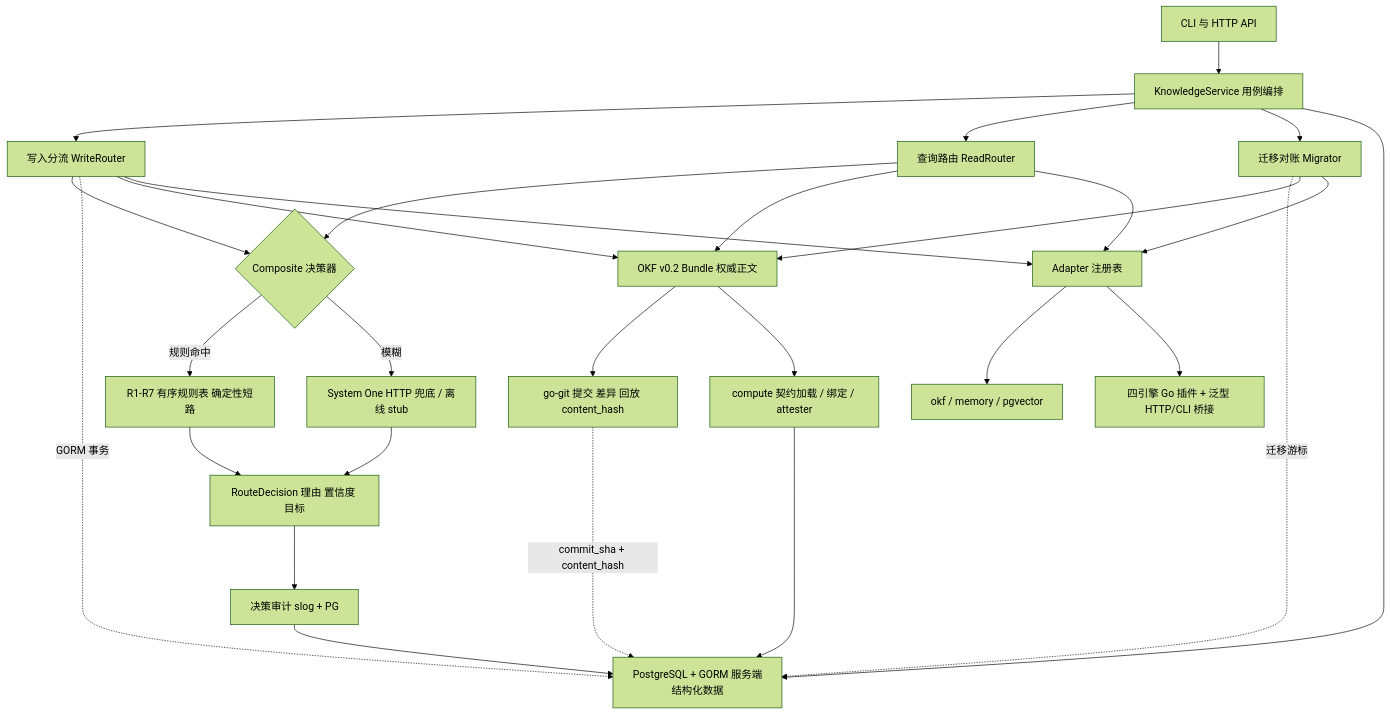
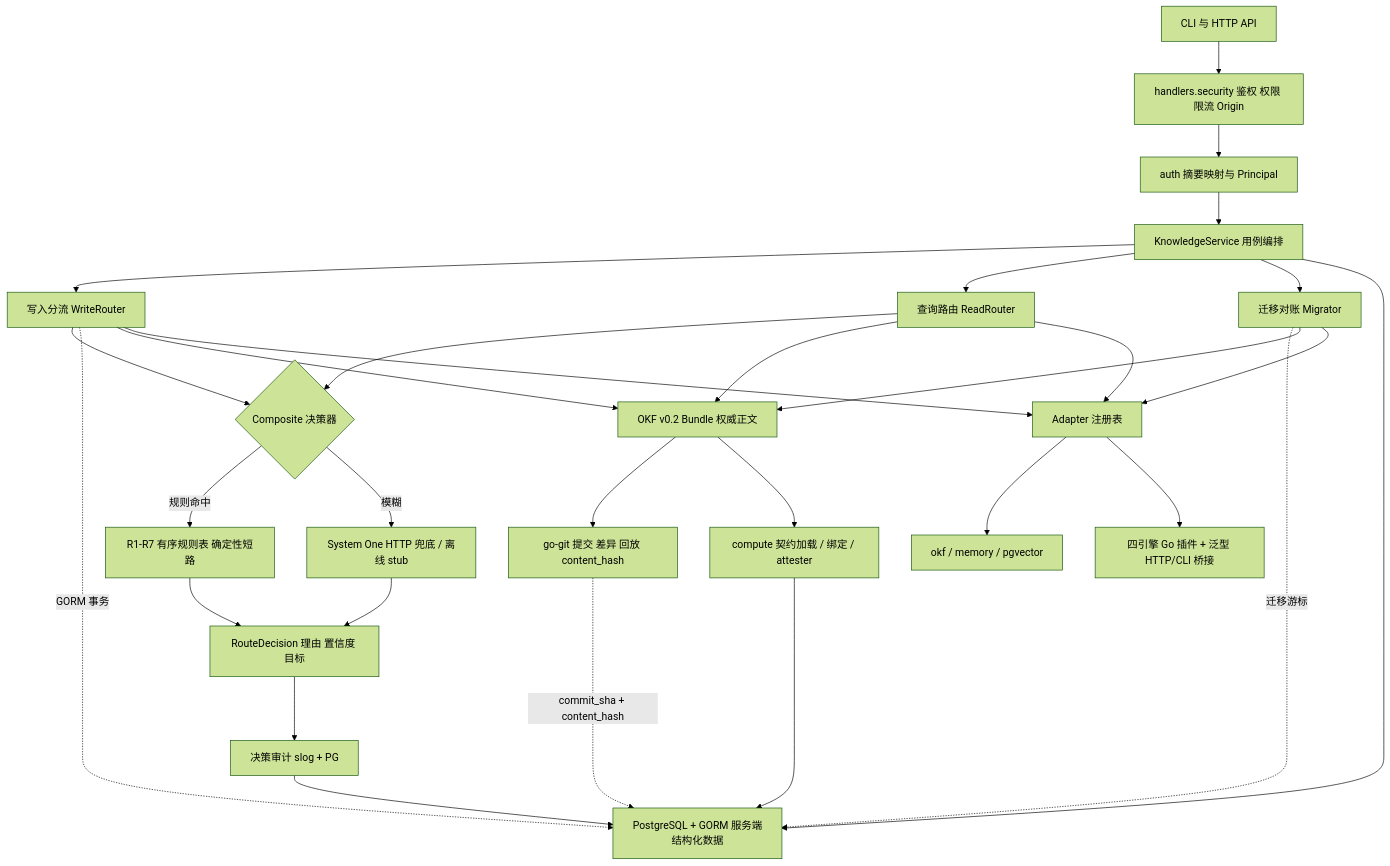
Before and after one commit to ariacompute/agentmem: the diagram in docs/architecture.md, drawn with Mermaid (forest theme). The commit also changed other lines of this file and 70 other files, not shown here.

First line of the commit message:
feat(security)!: add bearer auth, ACL isolation and egress control

````diff
--- a/docs/architecture.md
+++ b/docs/architecture.md
@@ -5,30 +5,32 @@
 ```mermaid
 flowchart TB
-  CLI["CLI 与 HTTP API"] --> SVC["KnowledgeService 用例编排"]
+  CLI["CLI 与 HTTP API"] --> MW["handlers.security 鉴权 权限 限流 Origin"]
+  MW --> AUTH["auth 摘要映射与 Principal"]
+  AUTH --> SVC["KnowledgeService 用例编排"]
   SVC --> W["写入分流 WriteRouter"]
   SVC --> Q["查询路由 ReadRouter"]
   SVC --> M["迁移对账 Migrator"]
   SVC --> PG["PostgreSQL + GORM 服务端结构化数据"]
   W --> D{"Composite 决策器"}
   Q --> D
   D -->|规则命中| RULE["R1-R7 有序规则表 确定性短路"]
   D -->|模糊| SO["System One HTTP 兜底 / 离线 stub"]
   RULE --> DEC["RouteDecision 理由 置信度 目标"]
   SO --> DEC
   DEC --> EV["决策审计 slog + PG"]
   W -. "GORM 事务" .-> PG
   M -. "迁移游标" .-> PG
   EV --> PG
   W --> OKF["OKF v0.2 Bundle 权威正文"]
   W --> ADP["Adapter 注册表"]
   Q --> OKF
   Q --> ADP
   M --> OKF
   M --> ADP
   OKF --> GIT["go-git 提交 差异 回放 content_hash"]
   GIT -. "commit_sha + content_hash" .-> PG
   ADP --> B1["okf / memory / pgvector"]
   ADP --> B2["四引擎 Go 插件 + 泛型 HTTP/CLI 桥接"]
   OKF --> CMP["compute 契约加载 / 绑定 / attester"]
   CMP --> PG
 ```
````
